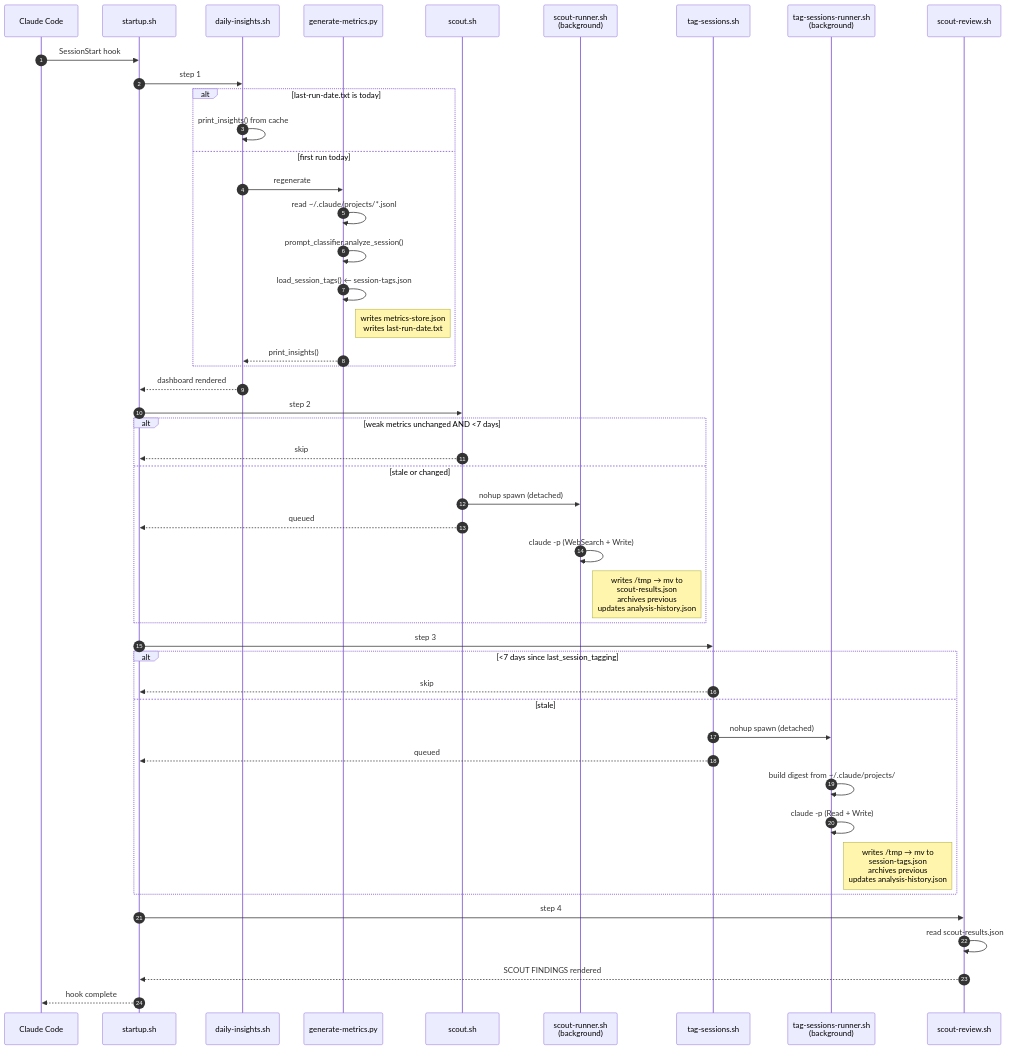
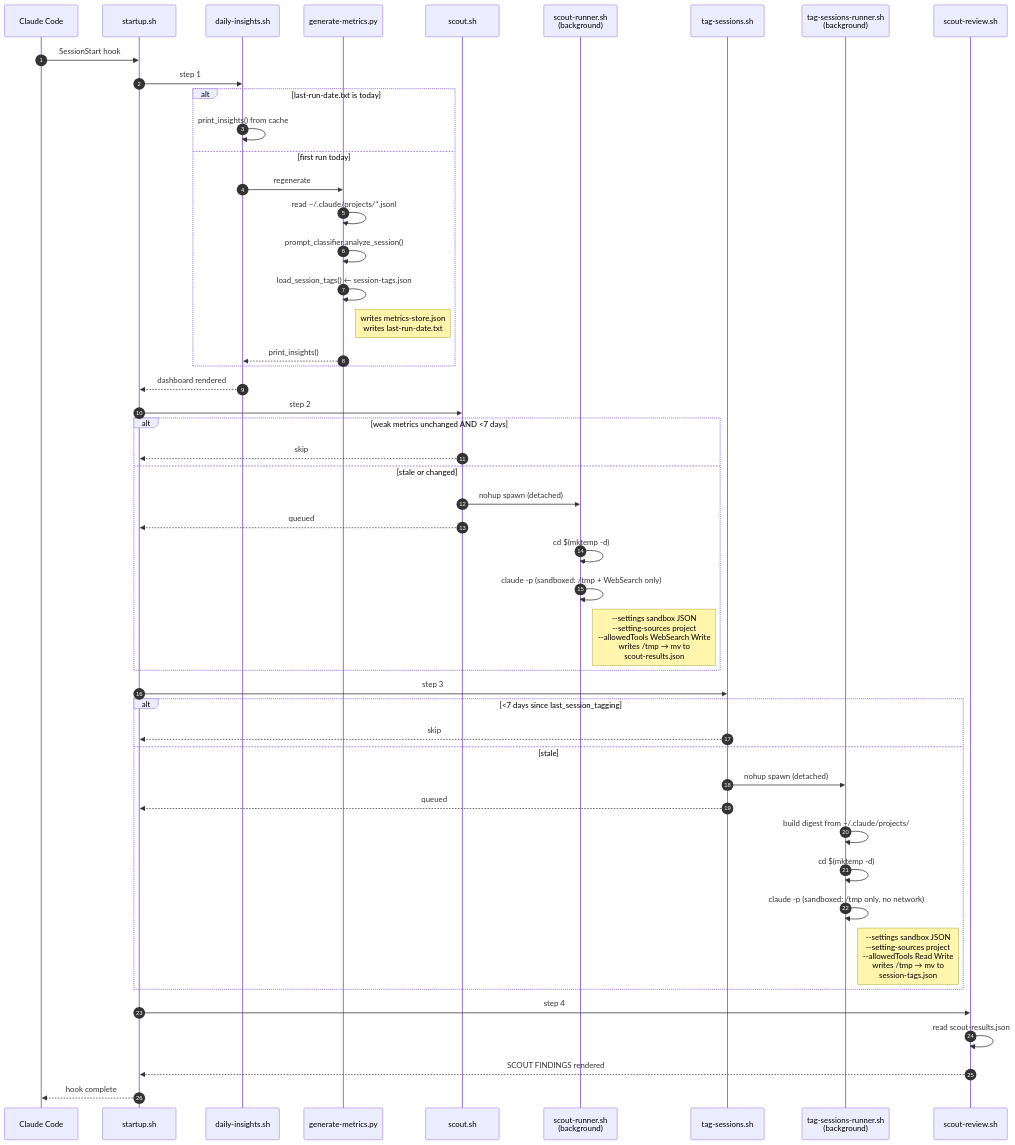
One commit to gyanesh-m/retro-daily changed the first of 2 diagrams in README.md. Above: the diagram before and after it, drawn with Mermaid. The commit also changed other lines of this file, not shown here.

````diff
--- a/README.md
+++ b/README.md
@@ -163,53 +191,55 @@
 ```mermaid
 sequenceDiagram
     autonumber
     participant CC as Claude Code
     participant SU as startup.sh
     participant DI as daily-insights.sh
     participant GM as generate-metrics.py
     participant SC as scout.sh
     participant SR as scout-runner.sh<br/>(background)
     participant TS as tag-sessions.sh
     participant TR as tag-sessions-runner.sh<br/>(background)
     participant SV as scout-review.sh
 
     CC->>SU: SessionStart hook
     SU->>DI: step 1
     alt last-run-date.txt is today
         DI->>DI: print_insights() from cache
     else first run today
         DI->>GM: regenerate
         GM->>GM: read ~/.claude/projects/*.jsonl
         GM->>GM: prompt_classifier.analyze_session()
         GM->>GM: load_session_tags() ← session-tags.json
         Note right of GM: writes metrics-store.json<br/>writes last-run-date.txt
         GM-->>DI: print_insights()
     end
     DI-->>SU: dashboard rendered
 
     SU->>SC: step 2
     alt weak metrics unchanged AND <7 days
         SC-->>SU: skip
     else stale or changed
         SC->>SR: nohup spawn (detached)
         SC-->>SU: queued
-        SR->>SR: claude -p (WebSearch + Write)
-        Note right of SR: writes /tmp → mv to<br/>scout-results.json<br/>archives previous<br/>updates analysis-history.json
+        SR->>SR: cd $(mktemp -d)
+        SR->>SR: claude -p (sandboxed: /tmp + WebSearch only)
+        Note right of SR: --settings sandbox JSON<br/>--setting-sources project<br/>--allowedTools WebSearch Write<br/>writes /tmp → mv to<br/>scout-results.json
     end
 
     SU->>TS: step 3
     alt <7 days since last_session_tagging
         TS-->>SU: skip
     else stale
         TS->>TR: nohup spawn (detached)
         TS-->>SU: queued
         TR->>TR: build digest from ~/.claude/projects/
-        TR->>TR: claude -p (Read + Write)
-        Note right of TR: writes /tmp → mv to<br/>session-tags.json<br/>archives previous<br/>updates analysis-history.json
+        TR->>TR: cd $(mktemp -d)
+        TR->>TR: claude -p (sandboxed: /tmp only, no network)
+        Note right of TR: --settings sandbox JSON<br/>--setting-sources project<br/>--allowedTools Read Write<br/>writes /tmp → mv to<br/>session-tags.json
     end
 
     SU->>SV: step 4
     SV->>SV: read scout-results.json
     SV-->>SU: SCOUT FINDINGS rendered
     SU-->>CC: hook complete
 ```
````
